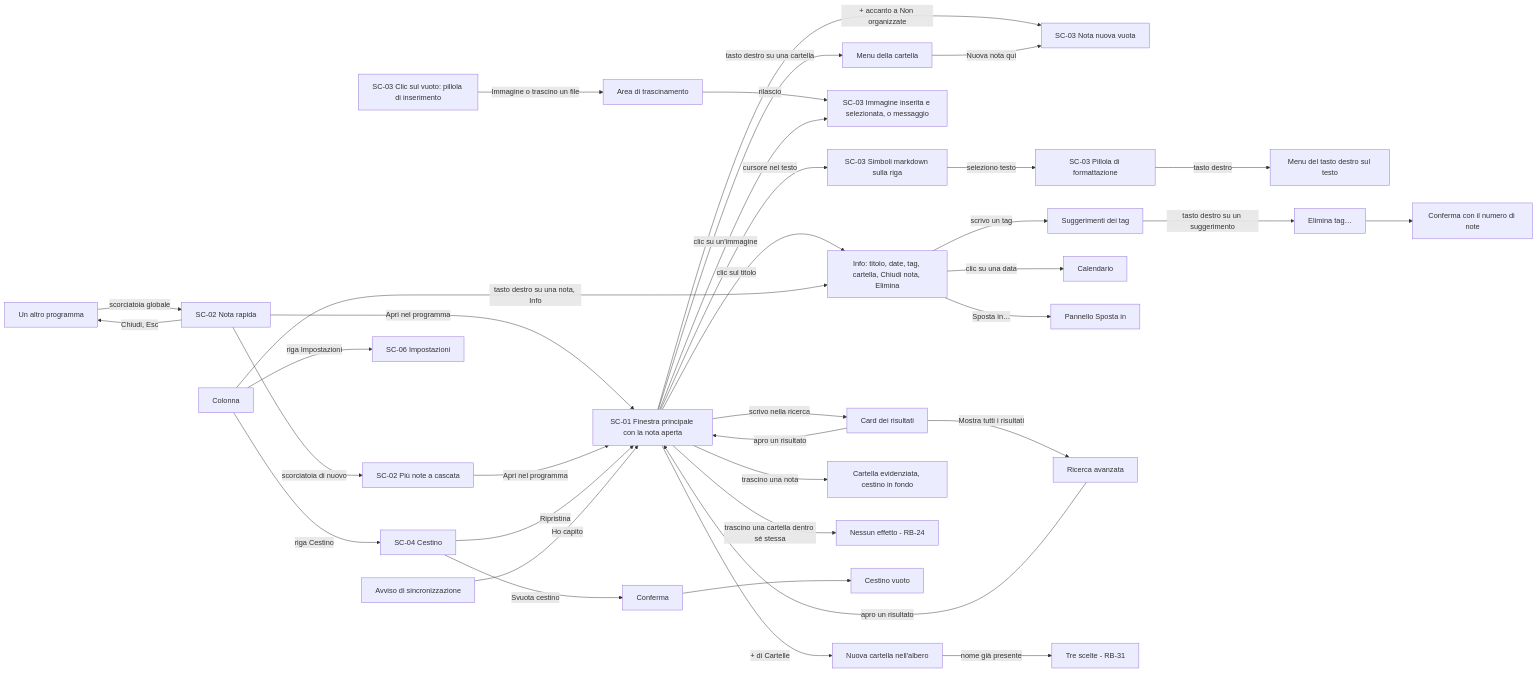
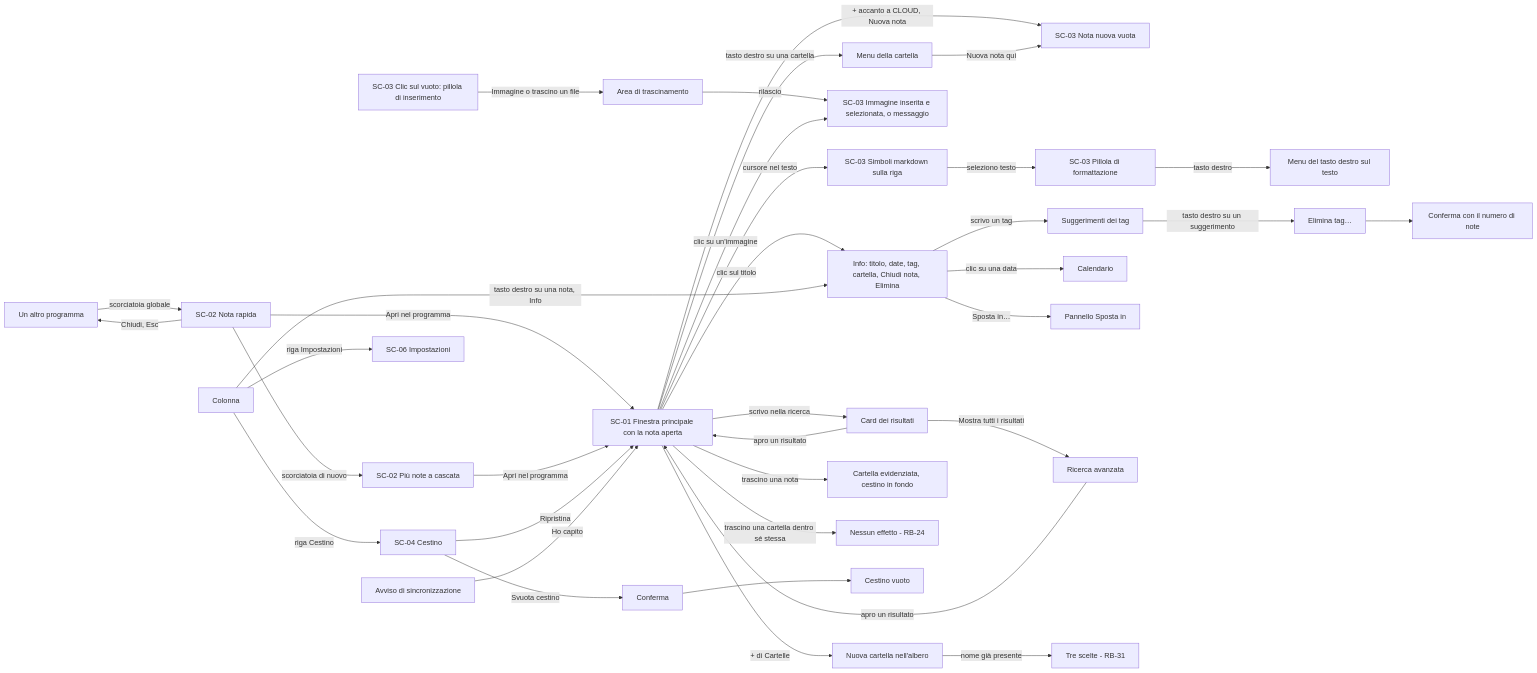
Before and after one commit to Helmutsti/MemoDu: the diagram in docs/moduli/interfaccia/4-schermate.md, drawn with Mermaid. The commit also changed other lines of this file and 10 other files, not shown here.

````diff
--- a/docs/moduli/interfaccia/4-schermate.md
+++ b/docs/moduli/interfaccia/4-schermate.md
@@ -183,38 +183,38 @@
 ```mermaid
 flowchart LR
     Esterno[Un altro programma] -- scorciatoia globale --> SC02[SC-02 Nota rapida]
     SC02 -- Chiudi, Esc --> Esterno
     SC02 -- scorciatoia di nuovo --> SC02b[SC-02 Più note a cascata]
     SC02 -- Apri nel programma --> SC01
     SC02b -- Apri nel programma --> SC01
 
-    SC01[SC-01 Finestra principale con la nota aperta] -- + accanto a Non organizzate --> Nuova[SC-03 Nota nuova vuota]
+    SC01[SC-01 Finestra principale con la nota aperta] -- + accanto a CLOUD, Nuova nota --> Nuova[SC-03 Nota nuova vuota]
     SC01 -- tasto destro su una cartella --> TdC[Menu della cartella] -- Nuova nota qui --> Nuova
 
     SC01 -- cursore nel testo --> Md[SC-03 Simboli markdown sulla riga]
     Md -- seleziono testo --> Sel[SC-03 Pillola di formattazione]
     Sel -- tasto destro --> TdT[Menu del tasto destro sul testo]
 
     Vuoto[SC-03 Clic sul vuoto: pillola di inserimento] -- Immagine o trascino un file --> Tr[Area di trascinamento]
     Tr -- rilascio --> Img[SC-03 Immagine inserita e selezionata, o messaggio]
     SC01 -- clic su un'immagine --> Img
 
     SC01 -- clic sul titolo --> Dett[Info: titolo, date, tag, cartella, Chiudi nota, Elimina]
     Colonna -- tasto destro su una nota, Info --> Dett
     Dett -- scrivo un tag --> Tag[Suggerimenti dei tag]
     Tag -- tasto destro su un suggerimento --> TdTag[Elimina tag…] --> Conf[Conferma con il numero di note]
     Dett -- clic su una data --> Date[Calendario]
     Dett -- Sposta in… --> Sposta[Pannello Sposta in]
 
     SC01 -- scrivo nella ricerca --> Ric[Card dei risultati] -- apro un risultato --> SC01
     Ric -- Mostra tutti i risultati --> Avz[Ricerca avanzata] -- apro un risultato --> SC01
 
     SC01 -- + di Cartelle --> NC[Nuova cartella nell'albero] -- nome già presente --> Dup[Tre scelte - RB-31]
     SC01 -- trascino una nota --> Tr2[Cartella evidenziata, cestino in fondo]
     SC01 -- trascino una cartella dentro sé stessa --> No[Nessun effetto - RB-24]
     Colonna -- riga Cestino --> SC04[SC-04 Cestino] -- Svuota cestino --> Conf2[Conferma] --> SC04v[Cestino vuoto]
     SC04 -- Ripristina --> SC01
     Colonna -- riga Impostazioni --> SC06[SC-06 Impostazioni]
 
     Avv[Avviso di sincronizzazione] -- Ho capito --> SC01
 ```
````
